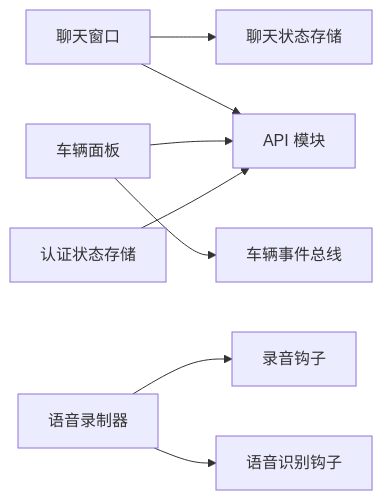
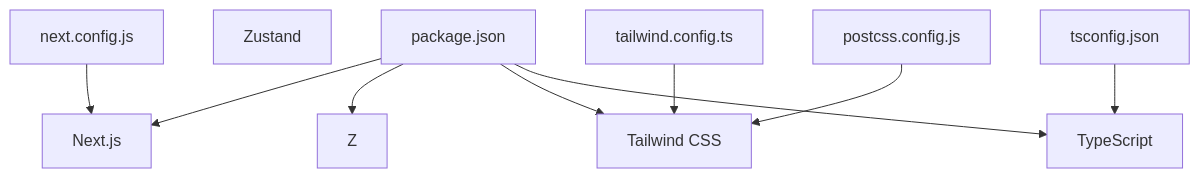
The eighth of 8 diagrams in .qoder/repowiki/zh/content/前端应用架构/前端应用架构.md (zmdhdu/NexusCockpit), drawn with Mermaid before and after one commit. The commit also changed other lines of this file and 478 other files, not shown here.

````diff
--- a/.qoder/repowiki/zh/content/前端应用架构/前端应用架构.md
+++ b/.qoder/repowiki/zh/content/前端应用架构/前端应用架构.md
@@ -370,10 +634,20 @@
 ```mermaid
-graph LR
-ChatWindow["聊天窗口"] --> ChatStore["聊天状态存储"]
-ChatWindow --> API["API 模块"]
-VehiclePanel["车辆面板"] --> VehicleEvents["车辆事件总线"]
-VehiclePanel --> API
-VoiceRecorder["语音录制器"] --> AudioHook["录音钩子"]
-VoiceRecorder --> SpeechHook["语音识别钩子"]
-AuthStore["认证状态存储"] --> API
+graph TB
+Pkg["package.json"]
+Next["Next.js"]
+Zust["Zustand"]
+TW["Tailwind CSS"]
+TS["TypeScript"]
+Ncfg["next.config.js"]
+TwCfg["tailwind.config.ts"]
+Post["postcss.config.js"]
+TsCfg["tsconfig.json"]
+Pkg --> Next
+Pkg --> Z
+Pkg --> TW
+Pkg --> TS
+Ncfg --> Next
+TwCfg --> TW
+Post --> TW
+TsCfg --> TS
 ```
````
